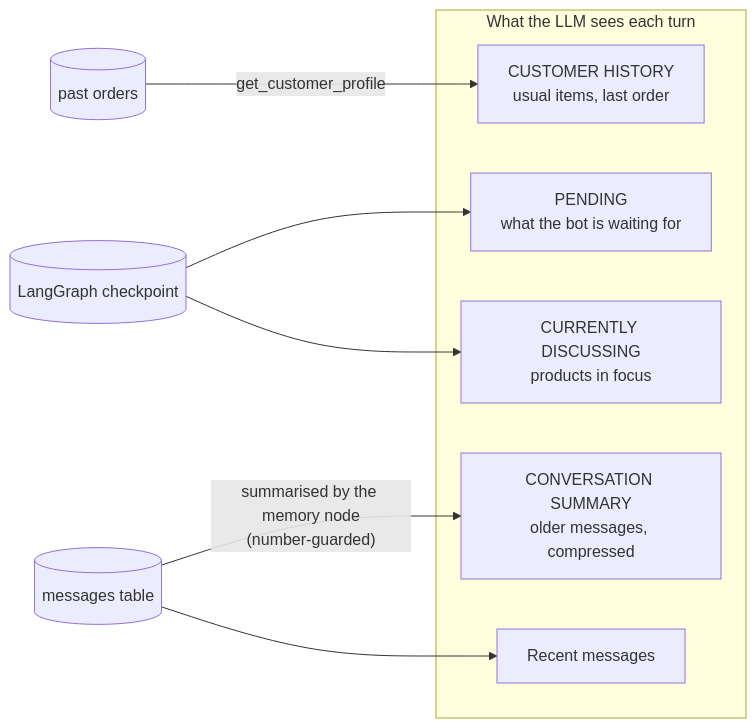
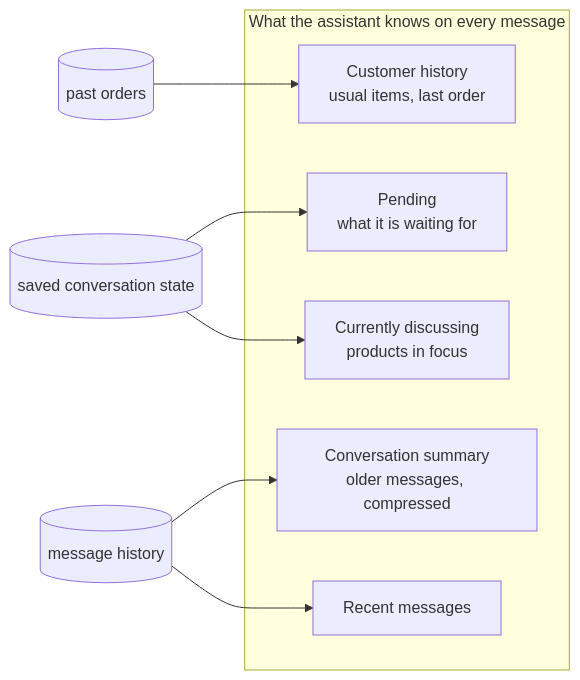
The fourth of 5 diagrams in README.md (Nazir-Ahmed72/bizflow-ai), drawn with Mermaid before and after one commit. The commit also changed other lines of this file and 18 other files, not shown here.

````diff
--- a/README.md
+++ b/README.md
@@ -198,15 +190,15 @@
 ```mermaid
 flowchart LR
-    subgraph Prompt["What the LLM sees each turn"]
-        P1["PENDING<br/>what the bot is waiting for"]
-        P2["CUSTOMER HISTORY<br/>usual items, last order"]
-        P3["CONVERSATION SUMMARY<br/>older messages, compressed"]
-        P4["CURRENTLY DISCUSSING<br/>products in focus"]
+    subgraph Context["What the assistant knows on every message"]
+        P1["Pending<br/>what it is waiting for"]
+        P2["Customer history<br/>usual items, last order"]
+        P3["Conversation summary<br/>older messages, compressed"]
+        P4["Currently discussing<br/>products in focus"]
         P5["Recent messages"]
     end
-    CP[("LangGraph checkpoint")] --> P1
+    CP[("saved conversation state")] --> P1
     CP --> P4
-    Orders[("past orders")] -- get_customer_profile --> P2
-    Msgs[("messages table")] -- "summarised by the memory node<br/>(number-guarded)" --> P3
+    Orders[("past orders")] --> P2
+    Msgs[("message history")] --> P3
     Msgs --> P5
 ```
````
